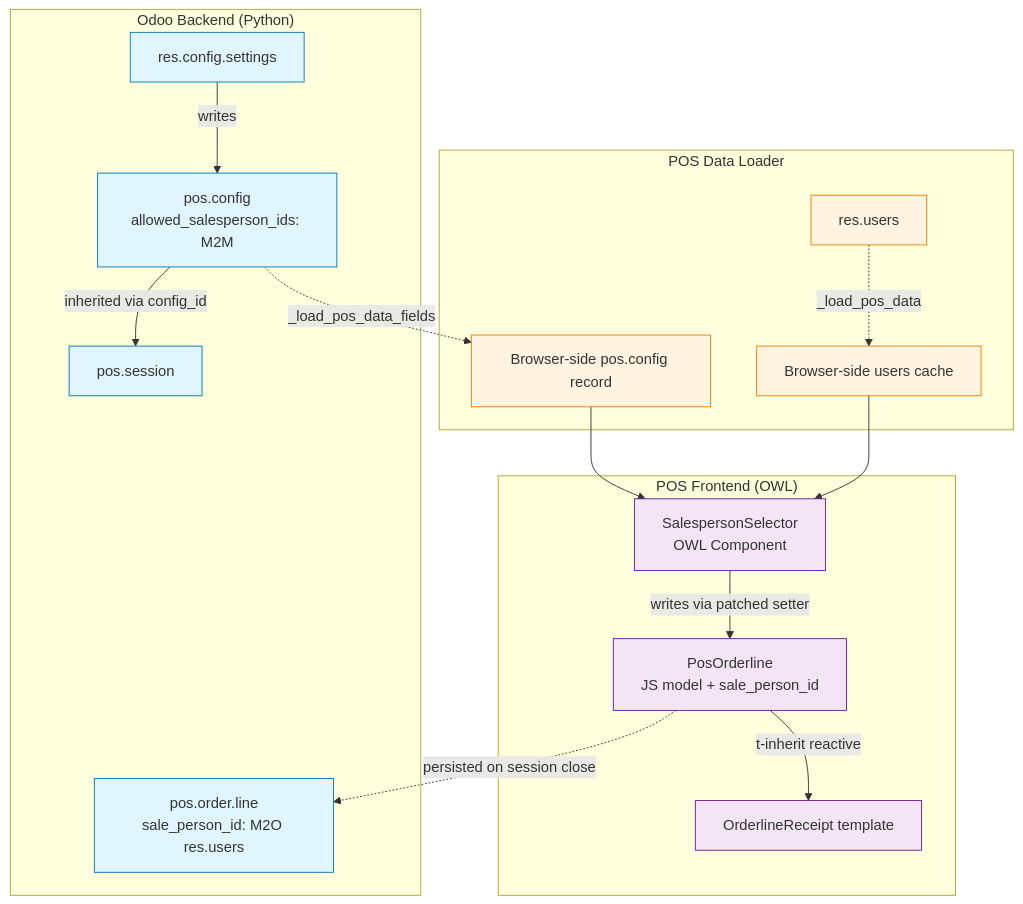
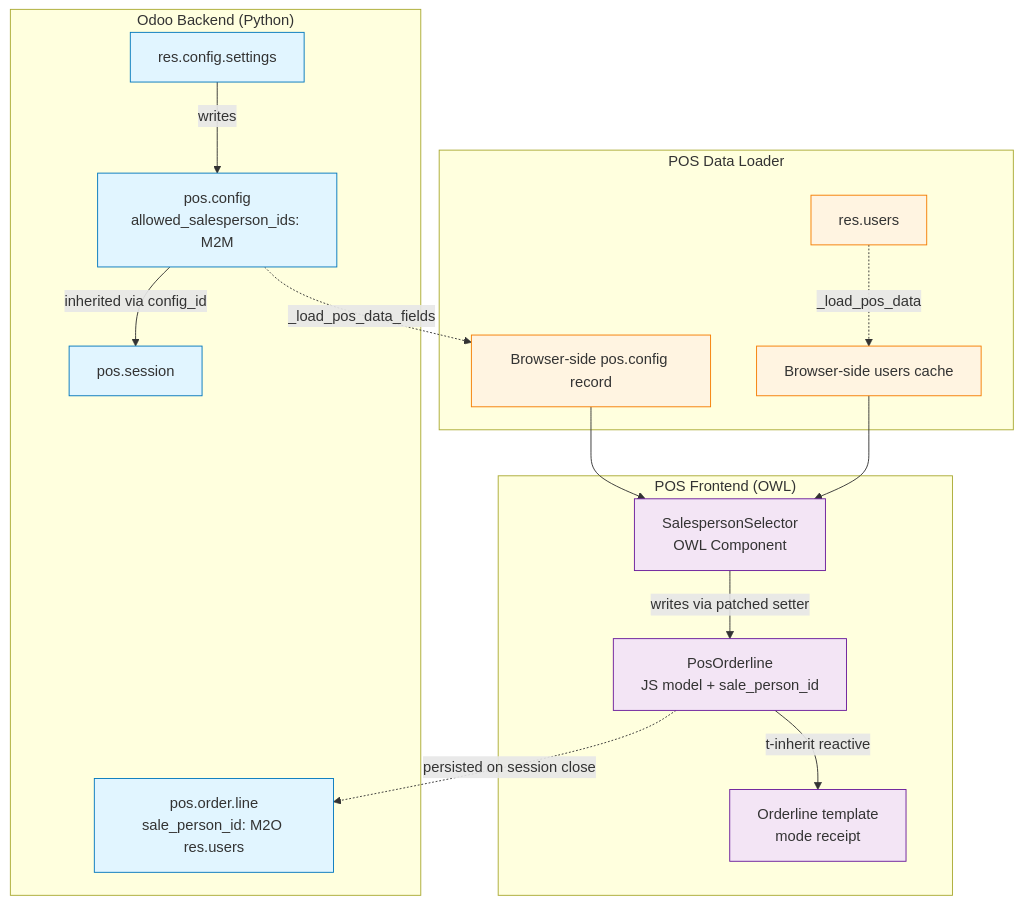
Before and after one commit to TasneemRizk/odoo-portfolio: the first of 2 diagrams in case-studies/01-pos-salesperson-tracking/architecture.md, drawn with Mermaid. The commit also changed other lines of this file and 18 other files, not shown here.

Commit message:
Add real screenshots for cases 01-03 and fix stale claims (missing GIFs, removed receipt template, Postman docs)

````diff
--- a/case-studies/01-pos-salesperson-tracking/architecture.md
+++ b/case-studies/01-pos-salesperson-tracking/architecture.md
@@ -5,29 +5,29 @@
 ```mermaid
 flowchart TD
     subgraph Backend["Odoo Backend (Python)"]
         A[res.config.settings] -->|writes| B[pos.config<br/>allowed_salesperson_ids: M2M]
         B -->|inherited via config_id| C[pos.session]
         D[pos.order.line<br/>sale_person_id: M2O res.users]
     end
 
     subgraph Loader["POS Data Loader"]
         B -.->|_load_pos_data_fields| E[Browser-side pos.config record]
         F[res.users] -.->|_load_pos_data| G[Browser-side users cache]
     end
 
     subgraph Frontend["POS Frontend (OWL)"]
         E --> H[SalespersonSelector<br/>OWL Component]
         G --> H
         H -->|writes via patched setter| I[PosOrderline<br/>JS model + sale_person_id]
-        I -->|t-inherit reactive| J[OrderlineReceipt template]
+        I -->|t-inherit reactive| J[Orderline template<br/>mode receipt]
     end
 
     I -.->|persisted on session close| D
 
     classDef backend fill:#e1f5ff,stroke:#0277bd
     classDef loader fill:#fff4e1,stroke:#f57c00
     classDef frontend fill:#f3e5f5,stroke:#6a1b9a
     class A,B,C,D backend
     class E,F,G loader
     class H,I,J frontend
 ```
````
